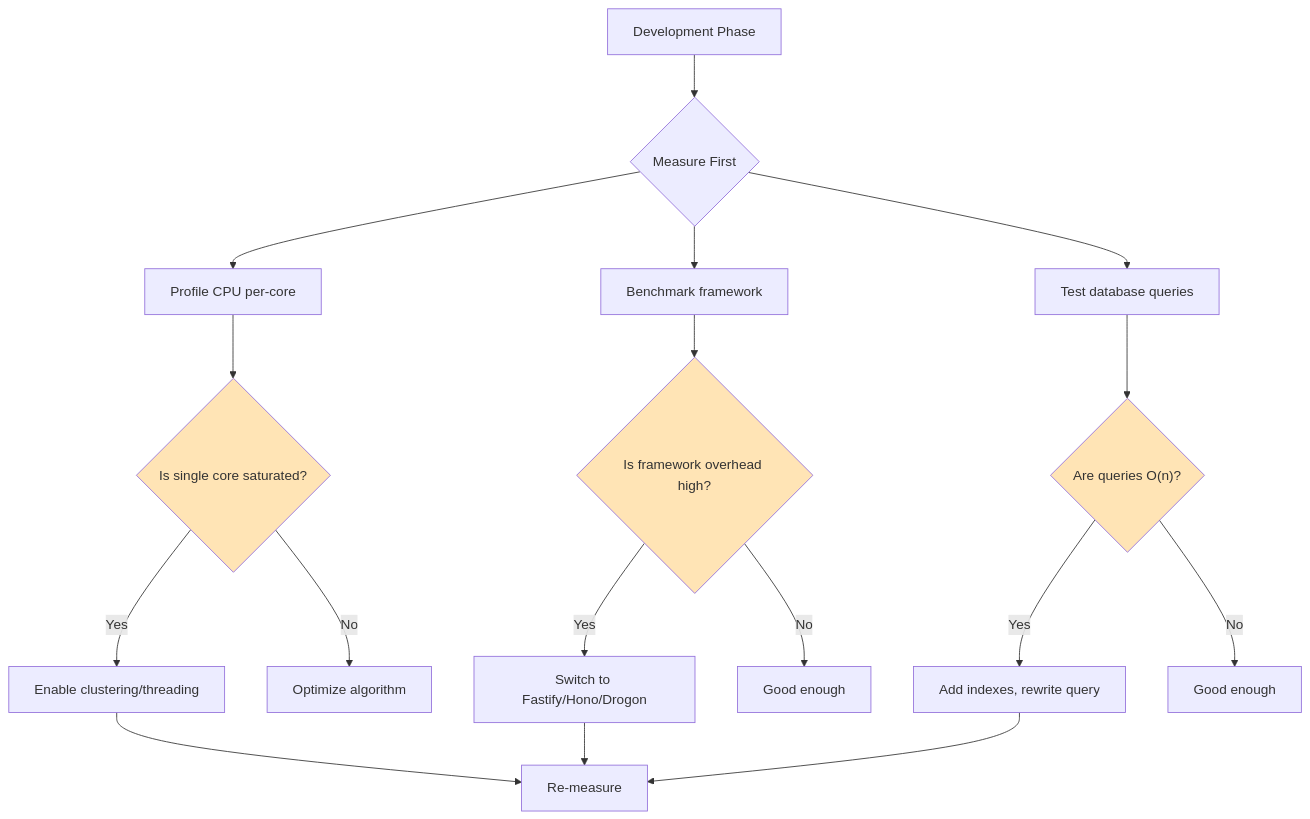
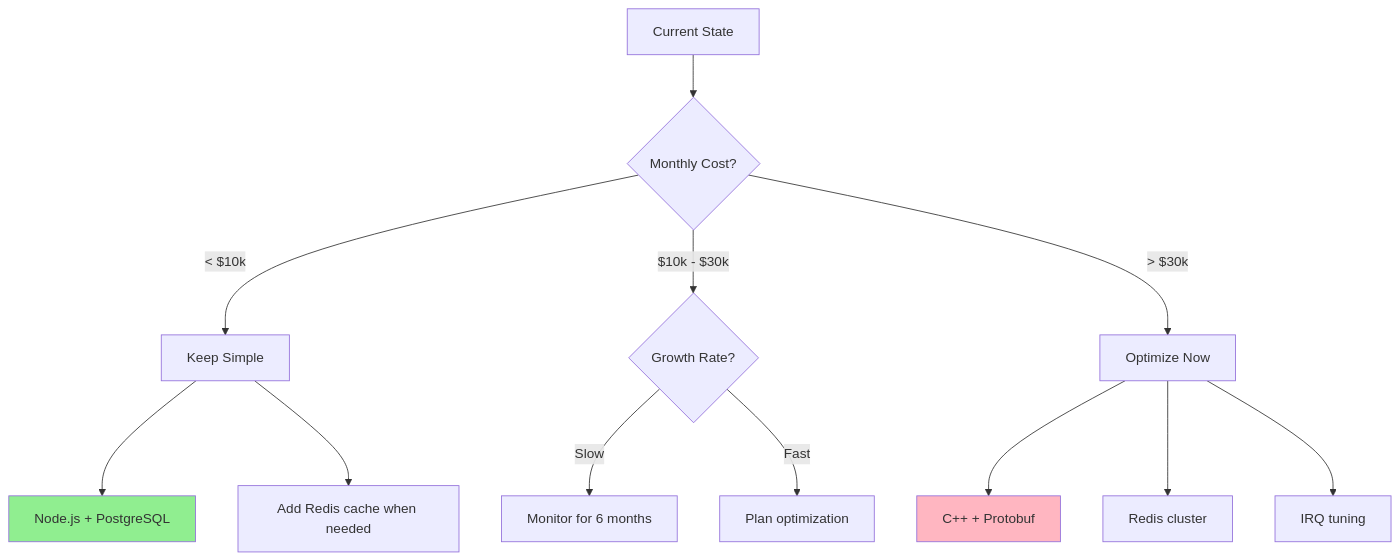
The fifth of 5 diagrams in Architecture/Scaling-1M-RPS.md (rsrini7/Learnings), drawn with Mermaid before and after one commit. The commit also changed other lines of this file, not shown here.

````diff
--- a/Architecture/Scaling-1M-RPS.md
+++ b/Architecture/Scaling-1M-RPS.md
@@ -973,28 +1033,21 @@
 ```mermaid
 graph TD
-    A[Development Phase] --> B{Measure First}
+    A[Current State] --> B{Monthly Cost?}
     
-    B --> C[Profile CPU per-core]
-    B --> D[Benchmark framework]
-    B --> E[Test database queries]
+    B -->|< $10k| C[Keep Simple]
+    B -->|$10k - $30k| D{Growth Rate?}
+    B -->|> $30k| E[Optimize Now]
     
-    C --> F{Is single core saturated?}
-    F -->|Yes| G[Enable clustering/threading]
-    F -->|No| H[Optimize algorithm]
+    C --> C1[Node.js + PostgreSQL]
+    C --> C2[Add Redis cache when needed]
     
-    D --> I{Is framework overhead high?}
-    I -->|Yes| J[Switch to Fastify/Hono/Drogon]
-    I -->|No| K[Good enough]
+    D -->|Slow| D1[Monitor for 6 months]
+    D -->|Fast| D2[Plan optimization]
     
-    E --> L{"Are queries O(n)?"}
-    L -->|Yes| M[Add indexes, rewrite query]
-    L -->|No| N[Good enough]
+    E --> E1[C++ + Protobuf]
+    E --> E2[Redis cluster]
+    E --> E3[IRQ tuning]
     
-    G --> O[Re-measure]
-    J --> O
-    M --> O
-    
-    style F fill:#FFE4B5
-    style I fill:#FFE4B5
-    style L fill:#FFE4B5
+    style C1 fill:#90EE90
+    style E1 fill:#FFB6C1
 ```
````
